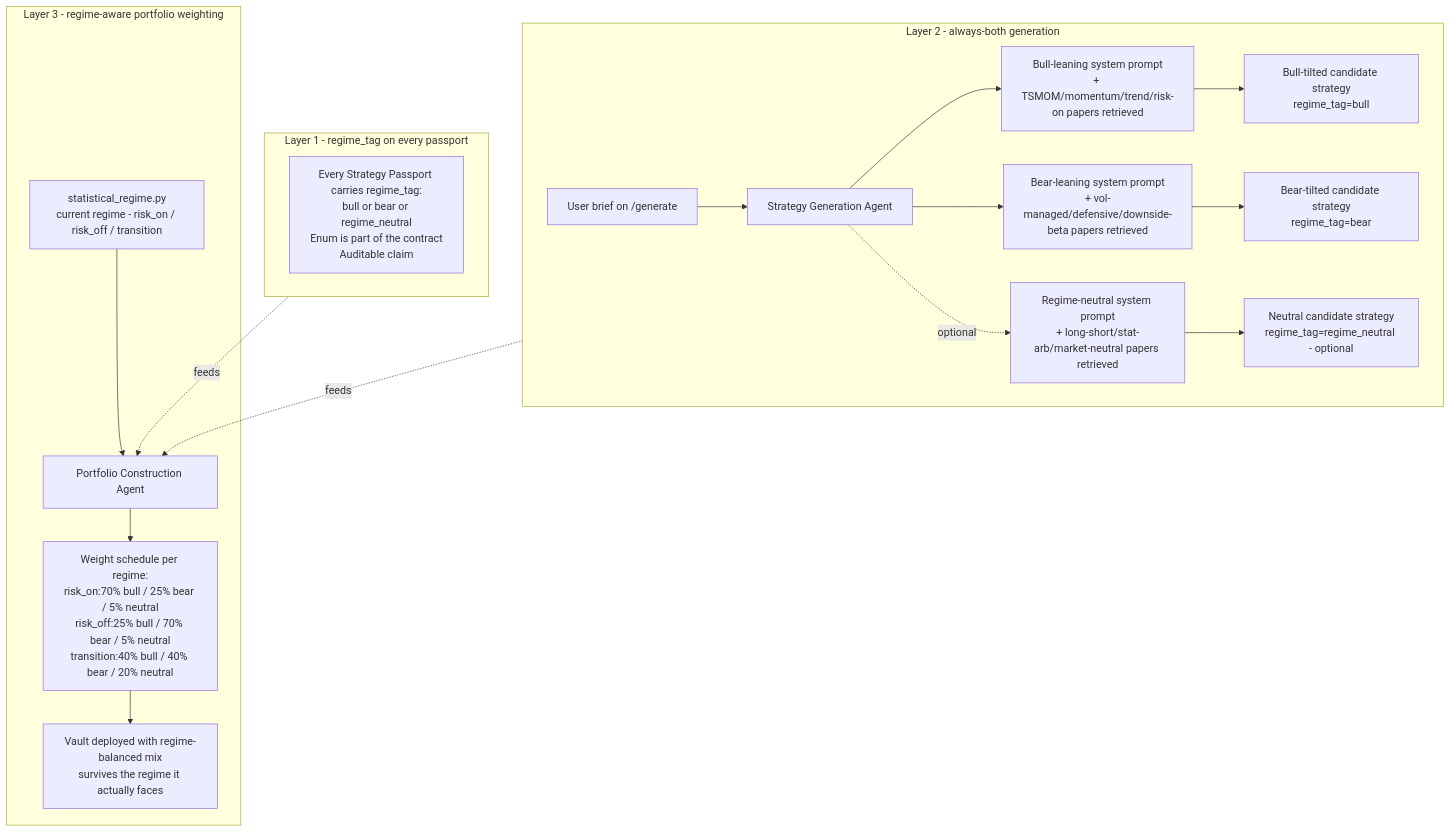
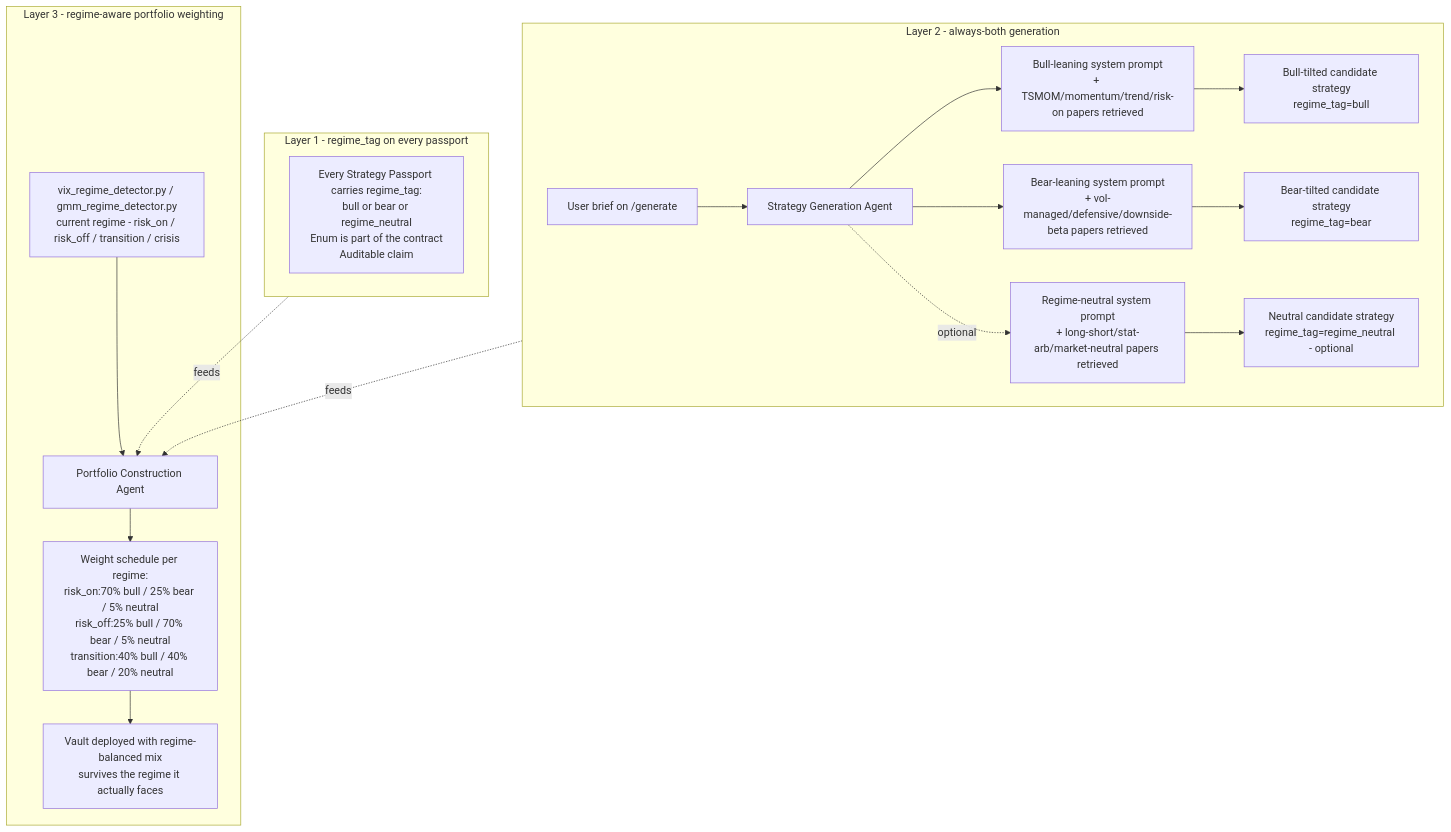
Before and after one commit to rcrdoh/archimedes-fork: the third of 4 diagrams in docs/diagrams/strategy-passport-architecture.md, drawn with Mermaid. The commit also changed other lines of this file and 5 other files, not shown here.

First line of the commit message:
[backend] Remove superseded statistical_regime.py (online-EM GMM)

````diff
--- a/docs/diagrams/strategy-passport-architecture.md
+++ b/docs/diagrams/strategy-passport-architecture.md
@@ -178,33 +178,33 @@
 ```mermaid
 flowchart TB
   subgraph LAYER1[Layer 1 - regime_tag on every passport]
     DIRECT[Every Strategy Passport carries regime_tag:<br/>bull or bear or regime_neutral<br/>Enum is part of the contract<br/>Auditable claim]
   end
 
   subgraph LAYER2[Layer 2 - always-both generation]
     BRIEF[User brief on /generate]
     AGENT[Strategy Generation Agent]
     BULL_PROMPT[Bull-leaning system prompt<br/>+ TSMOM/momentum/trend/risk-on papers retrieved]
     BEAR_PROMPT[Bear-leaning system prompt<br/>+ vol-managed/defensive/downside-beta papers retrieved]
     NEU_PROMPT[Regime-neutral system prompt<br/>+ long-short/stat-arb/market-neutral papers retrieved]
     BULL_OUT[Bull-tilted candidate strategy<br/>regime_tag=bull]
     BEAR_OUT[Bear-tilted candidate strategy<br/>regime_tag=bear]
     NEU_OUT[Neutral candidate strategy<br/>regime_tag=regime_neutral - optional]
     BRIEF --> AGENT
     AGENT --> BULL_PROMPT --> BULL_OUT
     AGENT --> BEAR_PROMPT --> BEAR_OUT
     AGENT -.optional.-> NEU_PROMPT --> NEU_OUT
   end
 
   subgraph LAYER3[Layer 3 - regime-aware portfolio weighting]
-    REGCLASS[statistical_regime.py<br/>current regime - risk_on / risk_off / transition]
+    REGCLASS[vix_regime_detector.py / gmm_regime_detector.py<br/>current regime - risk_on / risk_off / transition / crisis]
     PCA[Portfolio Construction Agent]
     SCHED[Weight schedule per regime:<br/>risk_on:70% bull / 25% bear / 5% neutral<br/>risk_off:25% bull / 70% bear / 5% neutral<br/>transition:40% bull / 40% bear / 20% neutral]
     DEPLOY[Vault deployed with regime-balanced mix<br/>survives the regime it actually faces]
     REGCLASS --> PCA
     PCA --> SCHED --> DEPLOY
   end
 
   LAYER1 -.feeds.-> PCA
   LAYER2 -.feeds.-> PCA
 ```
````
